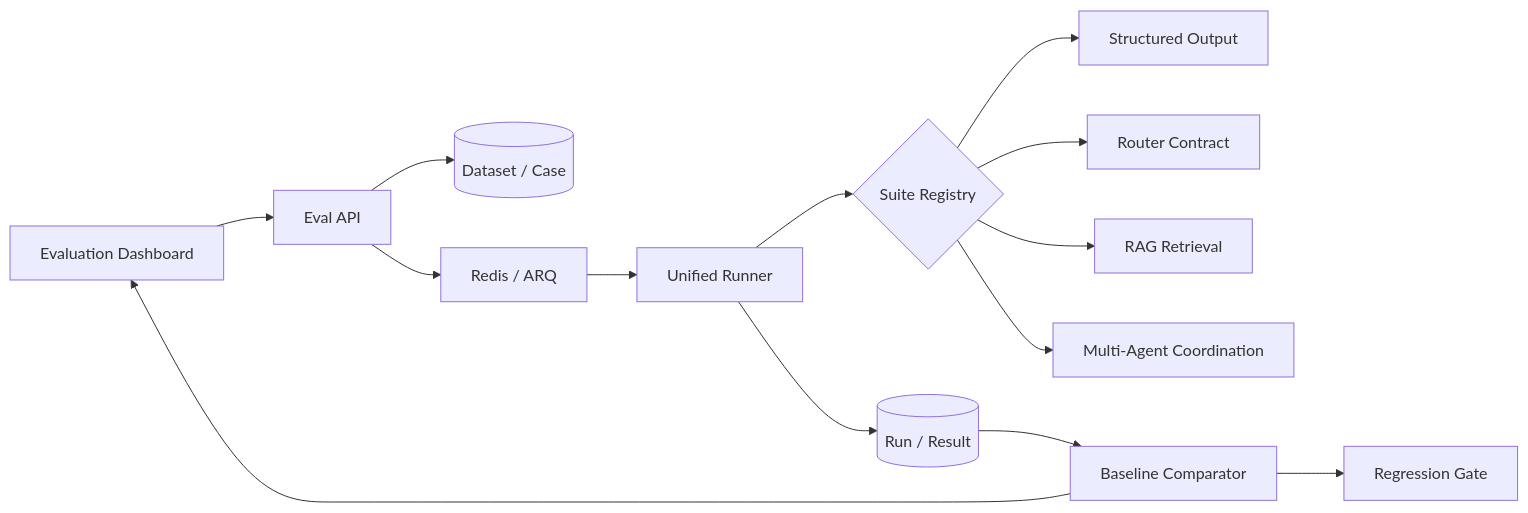
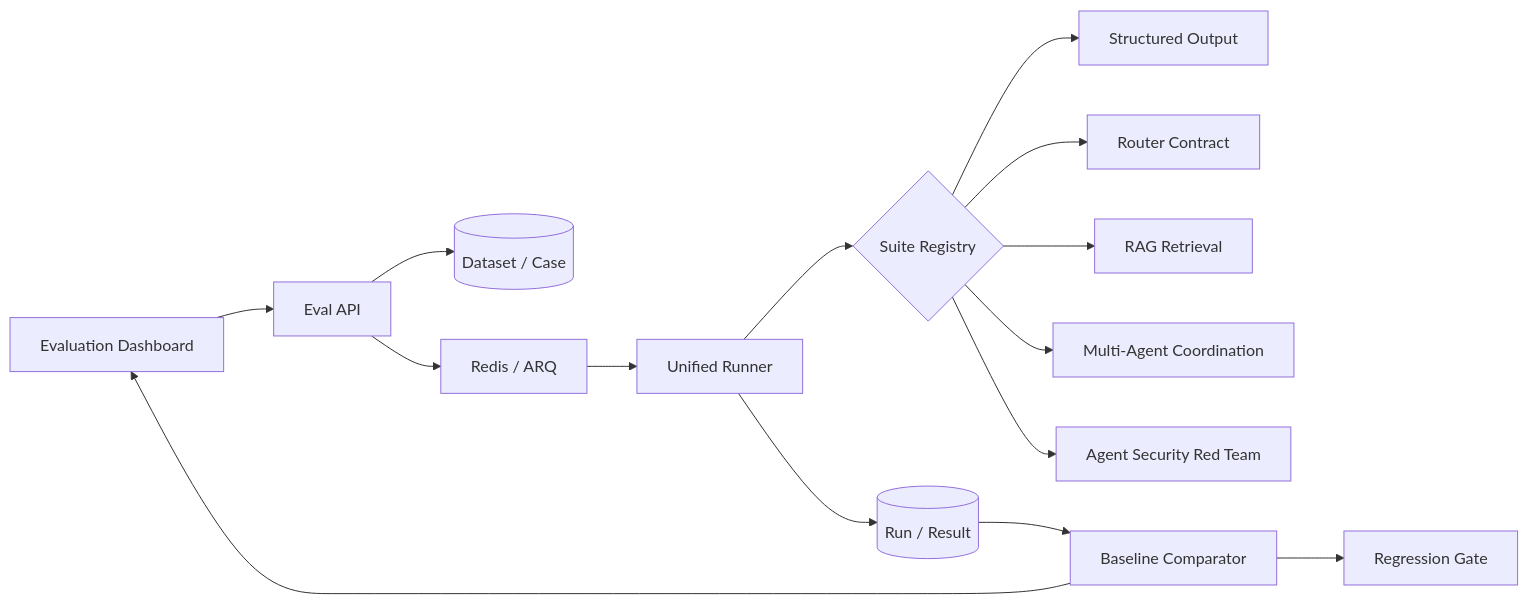
One commit to Shengyuan-Liu/teacher-agent changed the diagram in docs/10-evaluation-platform.md. Above: the diagram before and after it, drawn with Mermaid. The commit also changed other lines of this file and 78 other files, not shown here.

````diff
--- a/docs/10-evaluation-platform.md
+++ b/docs/10-evaluation-platform.md
@@ -14,16 +14,17 @@
 ```mermaid
 flowchart LR
     UI[Evaluation Dashboard] --> API[Eval API]
     API --> D[(Dataset / Case)]
     API --> Q[Redis / ARQ]
     Q --> R[Unified Runner]
     R --> S{Suite Registry}
     S --> SO[Structured Output]
     S --> RC[Router Contract]
     S --> RG[RAG Retrieval]
     S --> MA[Multi-Agent Coordination]
+    S --> AS[Agent Security Red Team]
     R --> O[(Run / Result)]
     O --> B[Baseline Comparator]
     B --> UI
     B --> CI[Regression Gate]
 ```
````
